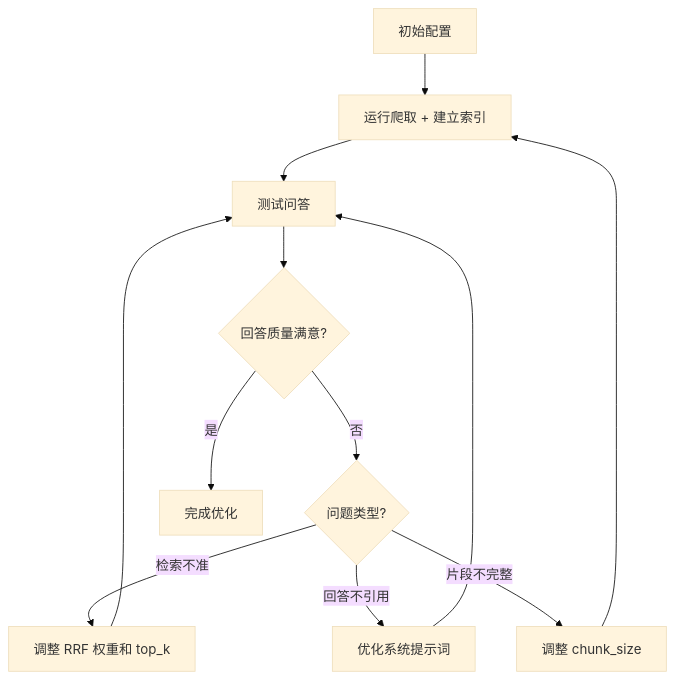
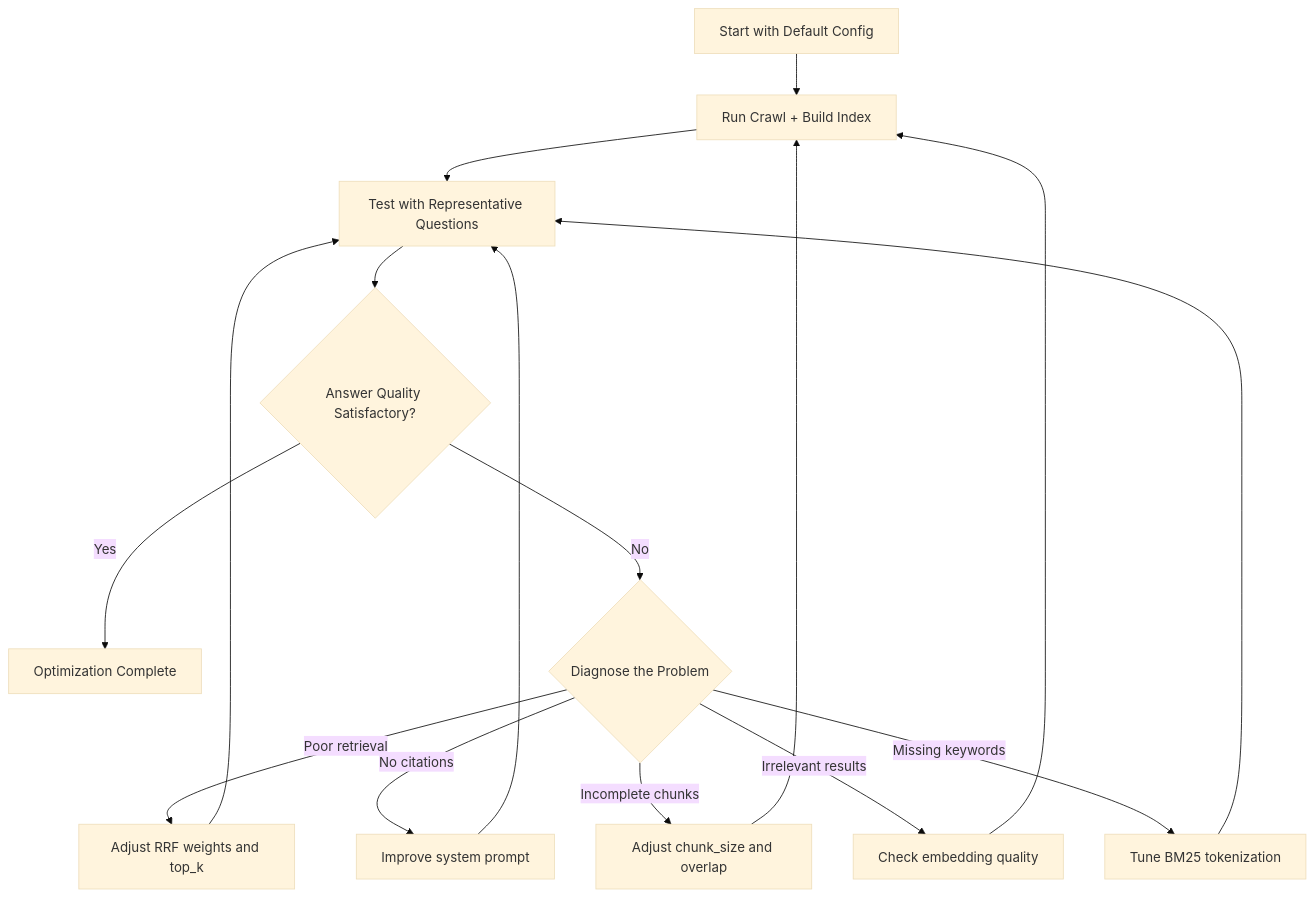
One commit to XUranus/dungeon changed the second of 2 diagrams in docs/docs/advanced/optimization.mdx. Above: the diagram before and after it, drawn with Mermaid (base theme). The commit also changed other lines of this file and 75 other files, not shown here.

````diff
--- a/docs/docs/advanced/optimization.mdx
+++ b/docs/docs/advanced/optimization.mdx
@@ -264,14 +281,20 @@
 ```mermaid
 flowchart TD
-    A[初始配置] --> B[运行爬取 + 建立索引]
-    B --> C[测试问答]
-    C --> D{回答质量满意?}
-    D -->|否| E{问题类型?}
-    E -->|检索不准| F[调整 RRF 权重和 top_k]
-    E -->|回答不引用| G[优化系统提示词]
-    E -->|片段不完整| H[调整 chunk_size]
-    F --> C
+    A[Start with Default Config] --> B[Run Crawl + Build Index]
+    B --> C[Test with Representative Questions]
+    C --> D{Answer Quality Satisfactory?}
+    D -->|Yes| E[Optimization Complete]
+    D -->|No| F{Diagnose the Problem}
+
+    F -->|Poor retrieval| G[Adjust RRF weights and top_k]
+    F -->|No citations| H[Improve system prompt]
+    F -->|Incomplete chunks| I[Adjust chunk_size and overlap]
+    F -->|Irrelevant results| J[Check embedding quality]
+    F -->|Missing keywords| K[Tune BM25 tokenization]
+
     G --> C
-    H --> B
-    D -->|是| I[完成优化]
+    H --> C
+    I --> B
+    J --> B
+    K --> C
 ```
````
